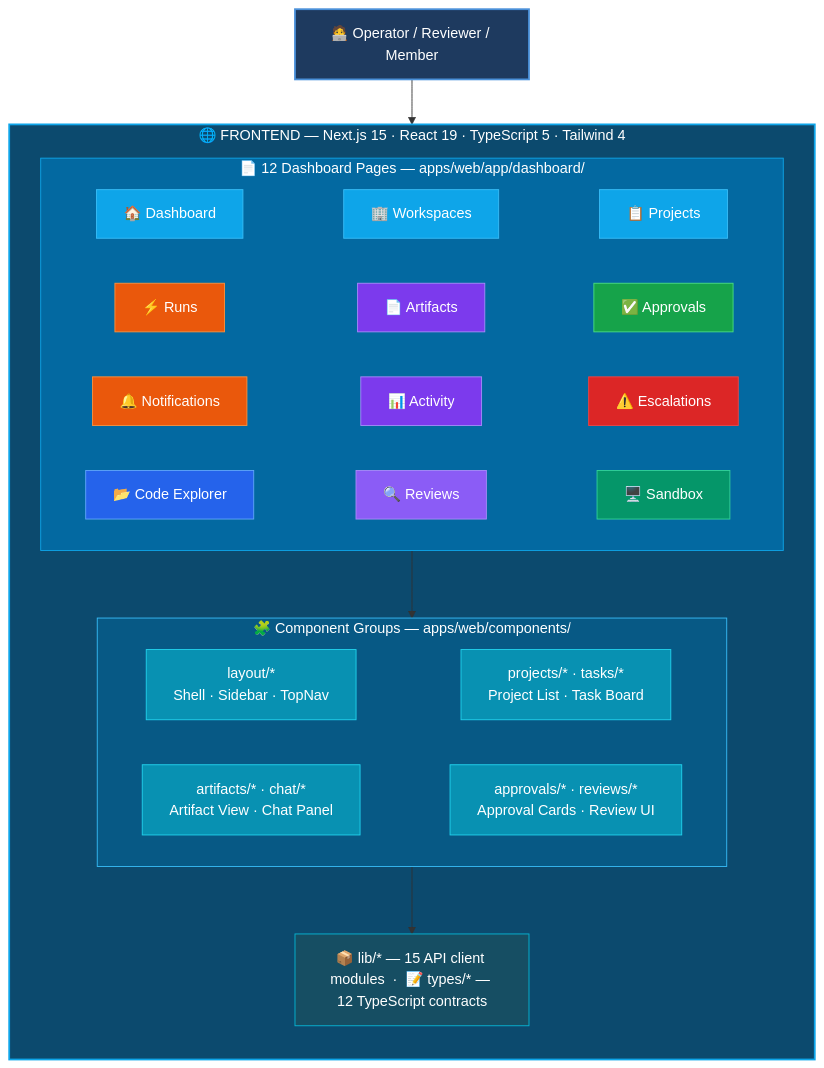
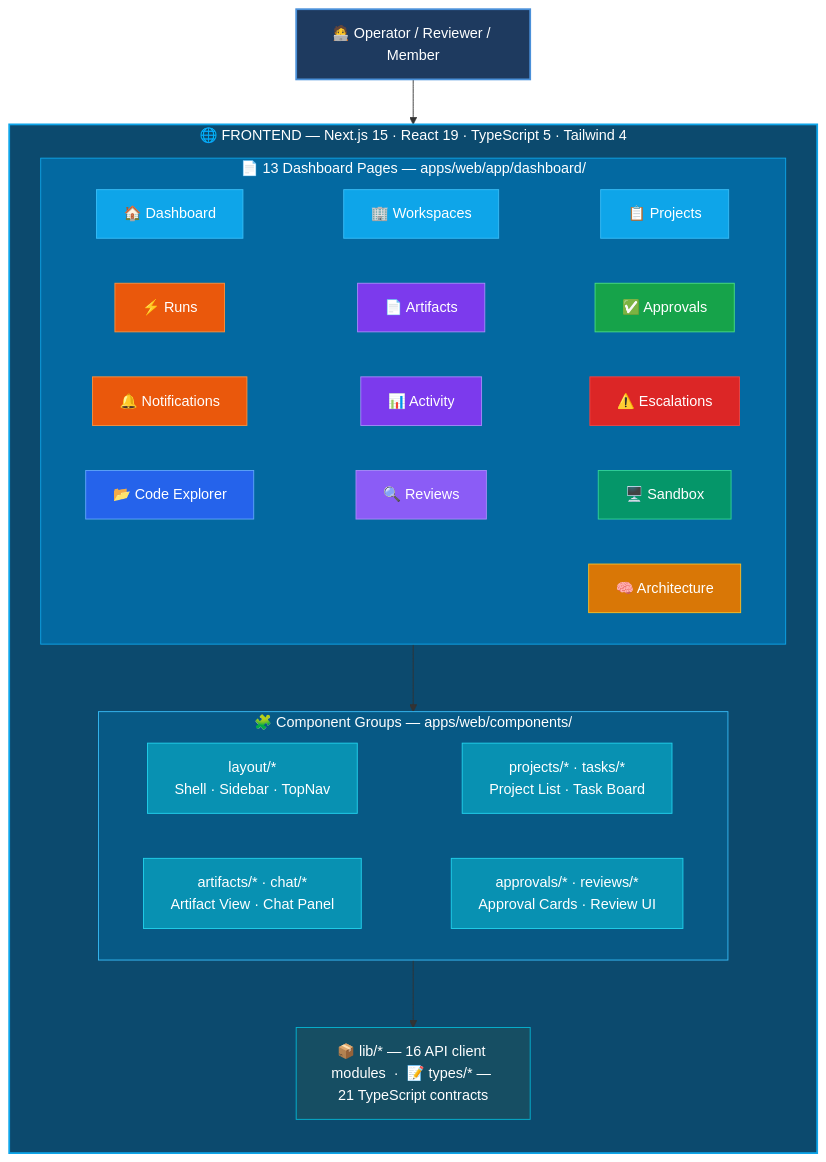
One commit to priyankmistry21699-web/Forgemind changed the third of 10 diagrams in README.md. Above: the diagram before and after it, drawn with Mermaid. The commit also changed other lines of this file, not shown here.

First line of the commit message:
docs: Update README with Architecture Intelligence (FM-081-090)

````diff
--- a/README.md
+++ b/README.md
@@ -257,46 +269,48 @@
 ```mermaid
 flowchart TD
     U["🧑‍💻 Operator / Reviewer / Member"]
 
     subgraph FE["🌐 FRONTEND — Next.js 15 · React 19 · TypeScript 5 · Tailwind 4"]
         direction TB
-        subgraph Pages["📄 12 Dashboard Pages — apps/web/app/dashboard/"]
+        subgraph Pages["📄 13 Dashboard Pages — apps/web/app/dashboard/"]
             direction LR
             P1["🏠 Dashboard"] ~~~ P2["🏢 Workspaces"] ~~~ P3["📋 Projects"]
             P4["⚡ Runs"] ~~~ P5["📄 Artifacts"] ~~~ P6["✅ Approvals"]
             P7["🔔 Notifications"] ~~~ P8["📊 Activity"] ~~~ P9["⚠️ Escalations"]
             P10["📂 Code Explorer"] ~~~ P11["🔍 Reviews"] ~~~ P12["🖥️ Sandbox"]
+            P13["🧠 Architecture"]
         end
         subgraph Comp["🧩 Component Groups — apps/web/components/"]
             direction LR
             C1["layout/*\nShell · Sidebar · TopNav"] ~~~ C2["projects/* · tasks/*\nProject List · Task Board"]
             C3["artifacts/* · chat/*\nArtifact View · Chat Panel"] ~~~ C4["approvals/* · reviews/*\nApproval Cards · Review UI"]
         end
-        LIB["📦 lib/* — 15 API client modules  ·  📝 types/* — 12 TypeScript contracts"]
+        LIB["📦 lib/* — 16 API client modules  ·  📝 types/* — 21 TypeScript contracts"]
     end
 
     U --> Pages
     Pages --> Comp --> LIB
 
     style U fill:#1e3a5f,stroke:#4a90d9,color:#fff,stroke-width:2px
     style FE fill:#0c4a6e,stroke:#0ea5e9,color:#fff,stroke-width:2px
     style Pages fill:#0369a1,stroke:#0ea5e9,color:#fff
     style Comp fill:#075985,stroke:#38bdf8,color:#fff
     style LIB fill:#164e63,stroke:#06b6d4,color:#fff
     style P1 fill:#0ea5e9,stroke:#38bdf8,color:#fff
     style P2 fill:#0ea5e9,stroke:#38bdf8,color:#fff
     style P3 fill:#0ea5e9,stroke:#38bdf8,color:#fff
     style P4 fill:#ea580c,stroke:#fb923c,color:#fff
     style P5 fill:#7c3aed,stroke:#a78bfa,color:#fff
     style P6 fill:#16a34a,stroke:#4ade80,color:#fff
     style P7 fill:#ea580c,stroke:#fb923c,color:#fff
     style P8 fill:#7c3aed,stroke:#a78bfa,color:#fff
     style P9 fill:#dc2626,stroke:#ef4444,color:#fff
     style P10 fill:#2563eb,stroke:#60a5fa,color:#fff
     style P11 fill:#8b5cf6,stroke:#a78bfa,color:#fff
     style P12 fill:#059669,stroke:#34d399,color:#fff
+    style P13 fill:#d97706,stroke:#fbbf24,color:#fff
     style C1 fill:#0891b2,stroke:#22d3ee,color:#fff
     style C2 fill:#0891b2,stroke:#22d3ee,color:#fff
     style C3 fill:#0891b2,stroke:#22d3ee,color:#fff
     style C4 fill:#0891b2,stroke:#22d3ee,color:#fff
 ```
````
